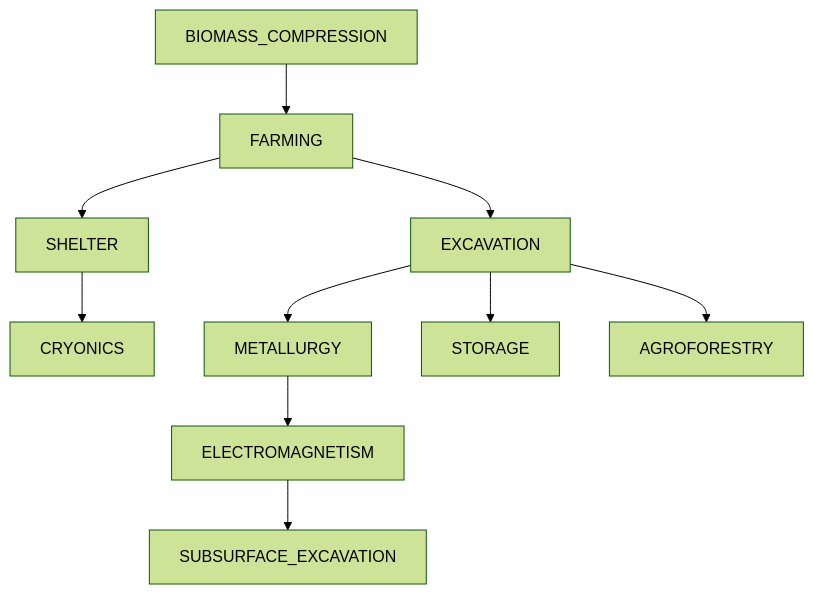
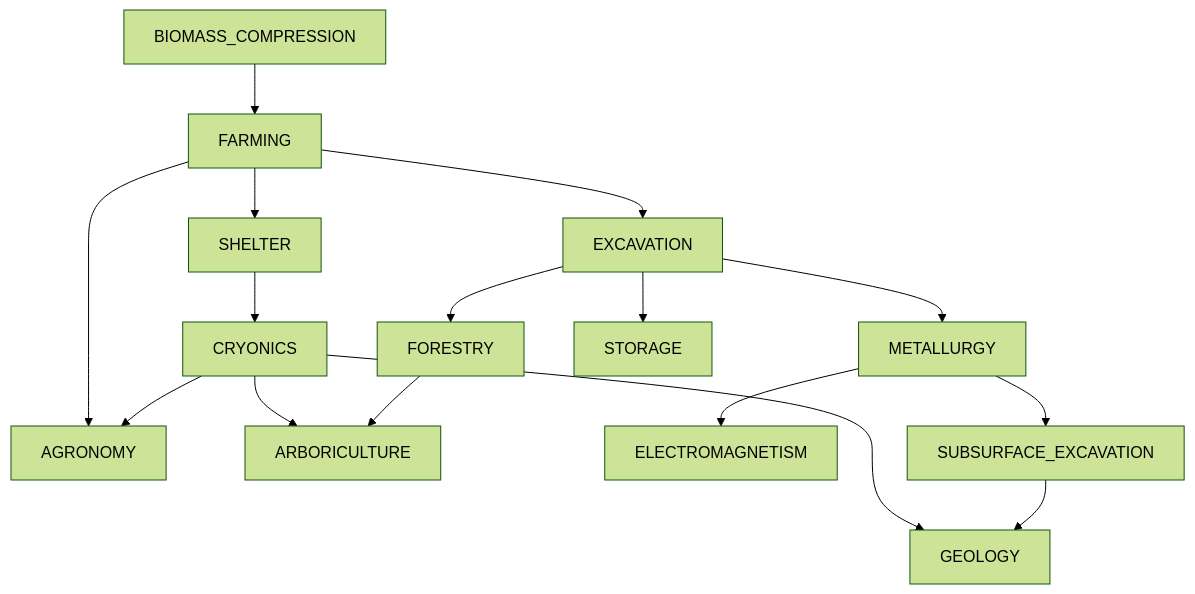
One commit to krnsk0/idler changed the diagram in docs/TECH_TREE.md. Above: the diagram before and after it, drawn with Mermaid (forest theme). The commit also changed 18 other files, not shown here.

````diff
--- a/docs/TECH_TREE.md
+++ b/docs/TECH_TREE.md
@@ -6,13 +6,19 @@
 ```mermaid
 flowchart TD;
   BIOMASS_COMPRESSION --> FARMING
   FARMING --> SHELTER
   FARMING --> EXCAVATION
+  FARMING --> AGRONOMY
   SHELTER --> CRYONICS
+  CRYONICS --> AGRONOMY
+  CRYONICS --> ARBORICULTURE
+  CRYONICS --> GEOLOGY
+  FORESTRY --> ARBORICULTURE
   EXCAVATION --> METALLURGY
   EXCAVATION --> STORAGE
-  EXCAVATION --> AGROFORESTRY
+  EXCAVATION --> FORESTRY
   METALLURGY --> ELECTROMAGNETISM
-  ELECTROMAGNETISM --> SUBSURFACE_EXCAVATION
+  METALLURGY --> SUBSURFACE_EXCAVATION
+  SUBSURFACE_EXCAVATION --> GEOLOGY
 
 ```
````
